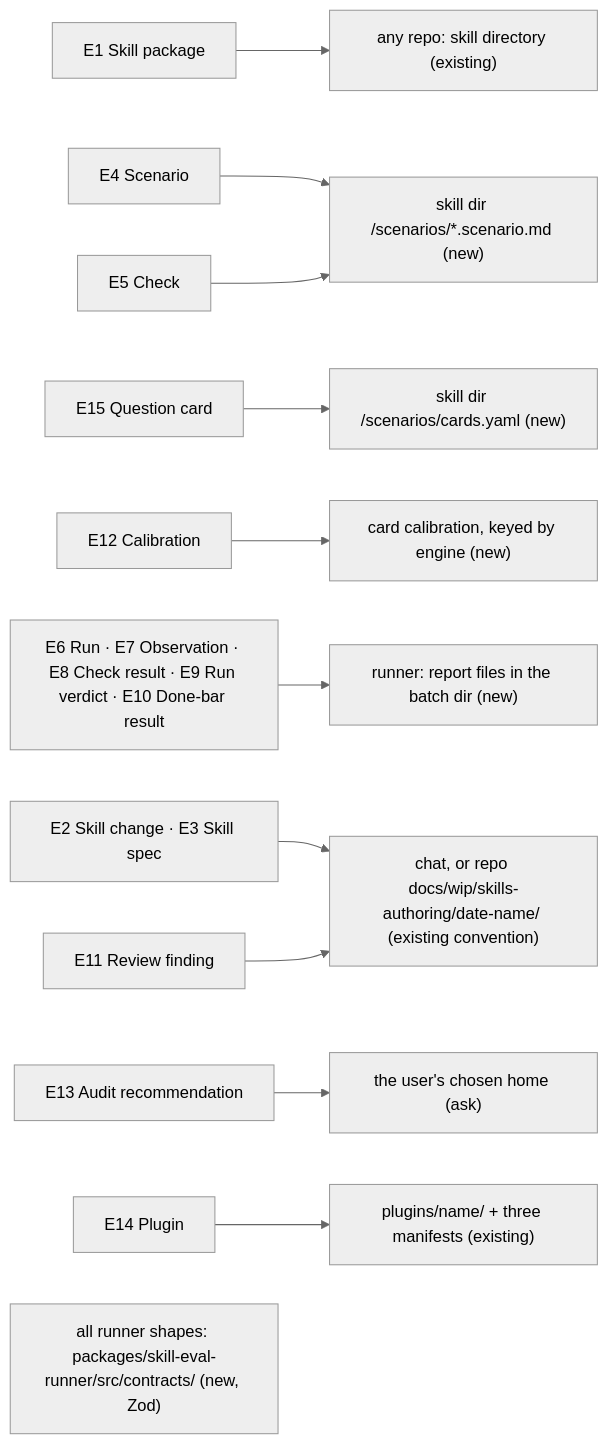
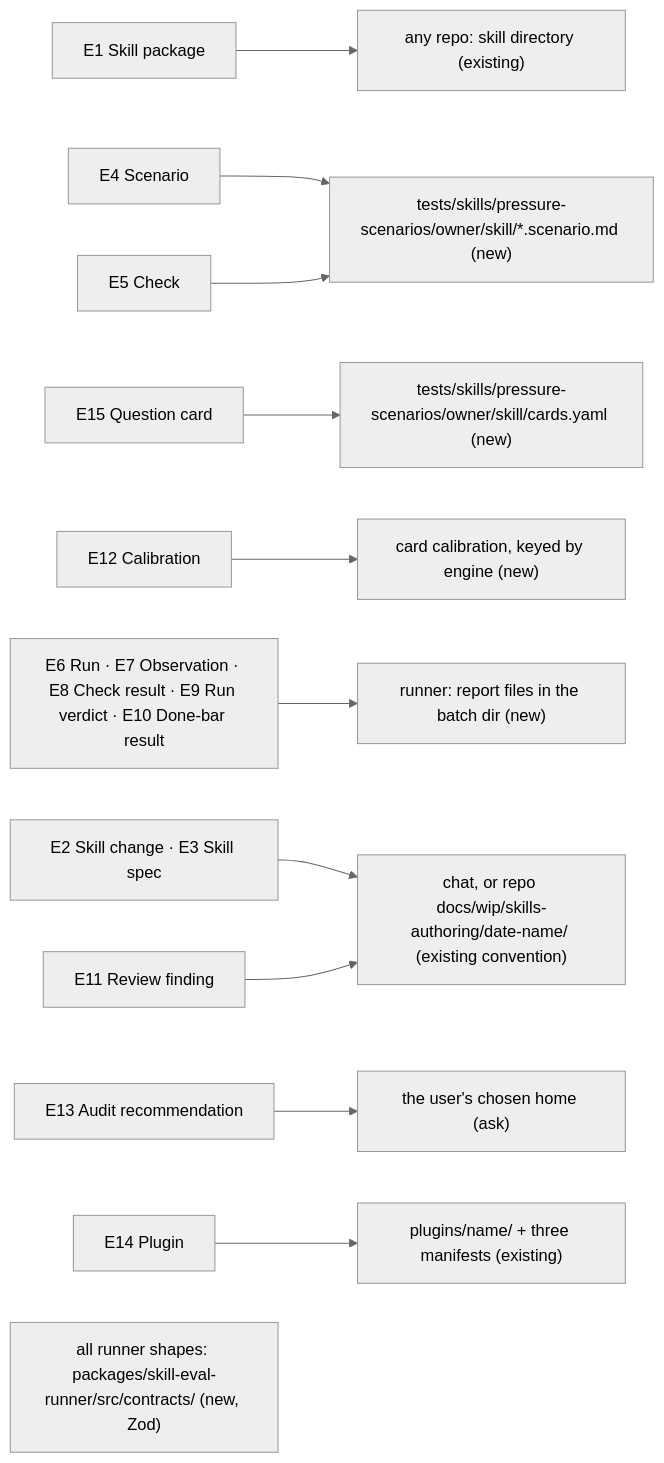
The second of 4 diagrams in docs/specs/2026-10-02-skill-authoring-plugin/2026-10-02-skill-authoring-plugin-program-design.md (ShravanSunder/ai-tools), drawn with Mermaid (neutral theme) before and after one commit. The commit also changed other lines of this file and 12 other files, not shown here.

First line of the commit message:
Docs: scenarios live under tests/skills/pressure-scenarios

````diff
--- a/docs/specs/2026-10-02-skill-authoring-plugin/2026-10-02-skill-authoring-plugin-program-design.md
+++ b/docs/specs/2026-10-02-skill-authoring-plugin/2026-10-02-skill-authoring-plugin-program-design.md
@@ -120,14 +120,14 @@
 ```mermaid
 flowchart LR
   E1["E1 Skill package"] --> H1["any repo: skill directory (existing)"]
-  E4["E4 Scenario"] --> H4["skill dir /scenarios/*.scenario.md (new)"]
+  E4["E4 Scenario"] --> H4["tests/skills/pressure-scenarios/owner/skill/*.scenario.md (new)"]
   E5["E5 Check"] --> H4
-  E15["E15 Question card"] --> H15["skill dir /scenarios/cards.yaml (new)"]
+  E15["E15 Question card"] --> H15["tests/skills/pressure-scenarios/owner/skill/cards.yaml (new)"]
   E12["E12 Calibration"] --> H12["card calibration, keyed by engine (new)"]
   E6["E6 Run · E7 Observation · E8 Check result · E9 Run verdict · E10 Done-bar result"] --> HR["runner: report files in the batch dir (new)"]
   E2["E2 Skill change · E3 Skill spec"] --> HC["chat, or repo docs/wip/skills-authoring/date-name/ (existing convention)"]
   E11["E11 Review finding"] --> HC
   E13["E13 Audit recommendation"] --> HA["the user's chosen home (ask)"]
   E14["E14 Plugin"] --> HP["plugins/name/ + three manifests (existing)"]
   SCH["all runner shapes: packages/skill-eval-runner/src/contracts/ (new, Zod)"]
 ```
````
